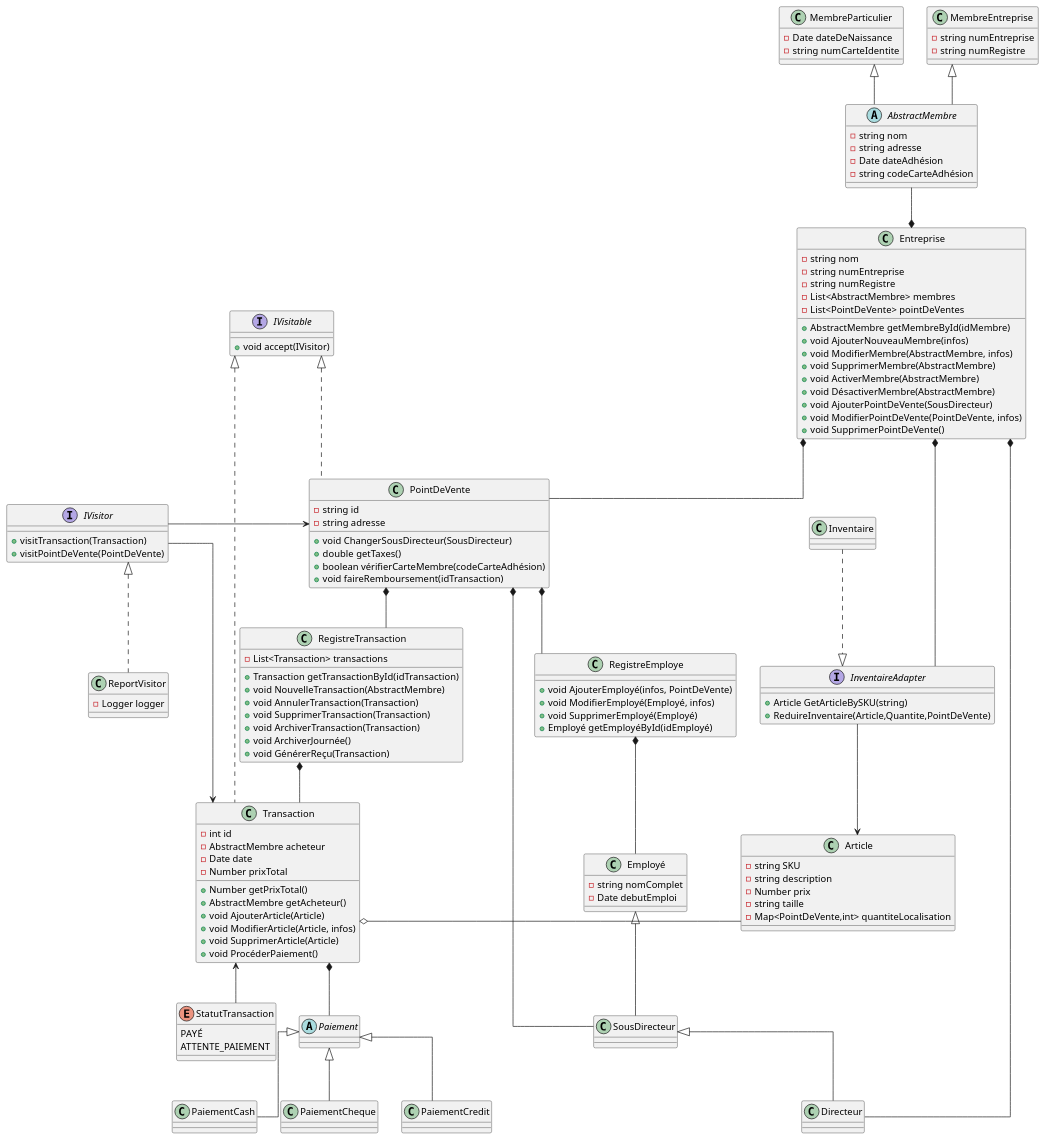
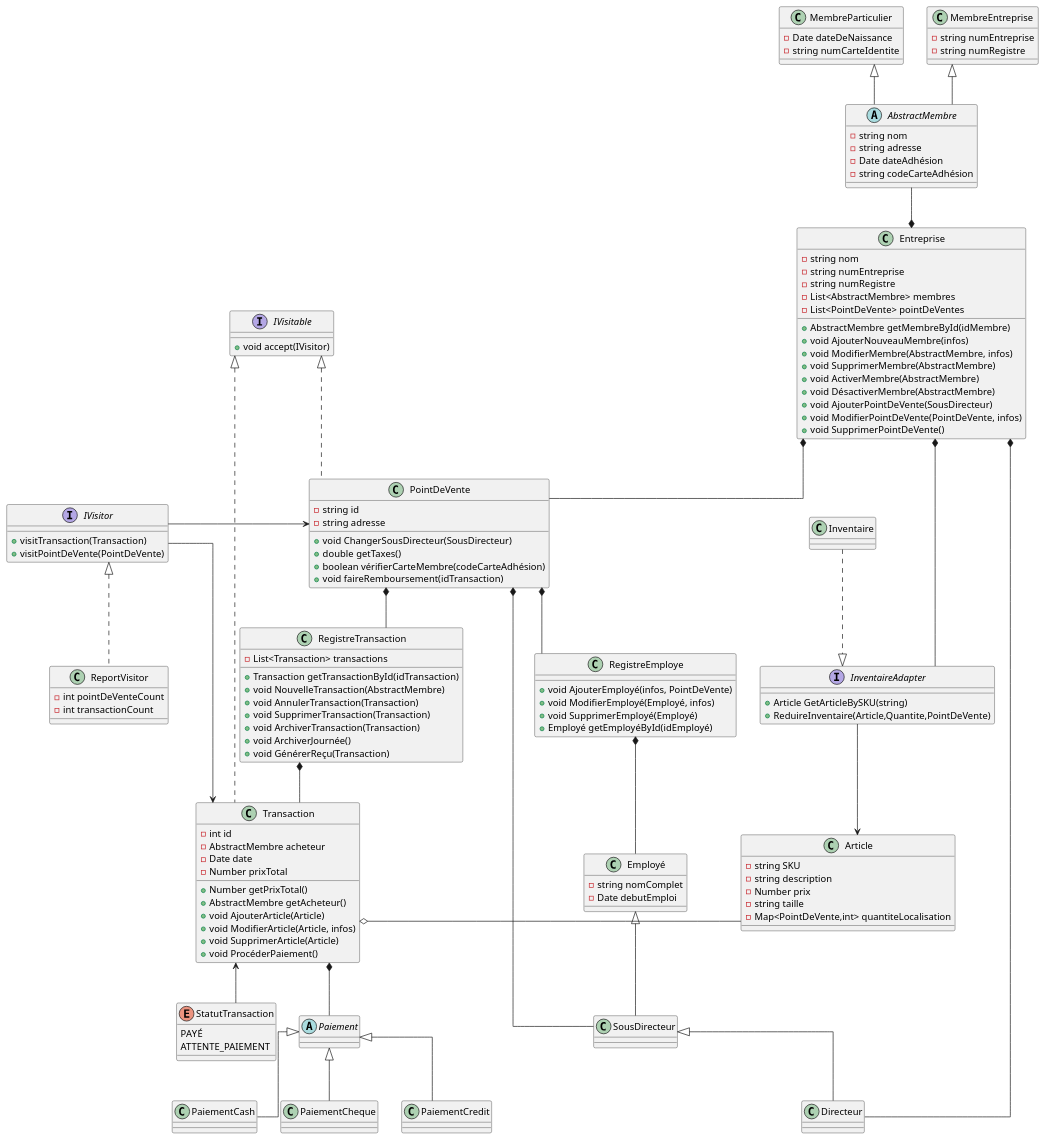
One commit to SamBolduc/INF1011-TP2 changed the diagram in diagram.puml. Above: the diagram before and after it, drawn with PlantUML.

Commit message:
Add Single & Visitor

```diff
--- a/diagram.puml
+++ b/diagram.puml
@@ -1,164 +1,165 @@
 @startuml
 
 skinparam linetype ortho
 
 abstract class AbstractMembre {
 - string nom
 - string adresse
 - Date dateAdhésion
 - string codeCarteAdhésion
 }
 
 class MembreParticulier {
 - Date dateDeNaissance
 - string numCarteIdentite
 }
 
 class MembreEntreprise {
 - string numEntreprise
 - string numRegistre
 }
 
 class RegistreEmploye{
   + void AjouterEmployé(infos, PointDeVente)
   + void ModifierEmployé(Employé, infos)
   + void SupprimerEmployé(Employé)
   + Employé getEmployéById(idEmployé)
 }
 
 interface IVisitable {
 +void accept(IVisitor)
 }
 
 interface IVisitor {
     +visitTransaction(Transaction)
     +visitPointDeVente(PointDeVente)
 }
 
 IVisitor -> PointDeVente
 IVisitor -> Transaction
 class ReportVisitor implements IVisitor {
-    -Logger logger
+    -int pointDeVenteCount
+    -int transactionCount
 }
 
 
 class Employé {
 - string nomComplet
 - Date debutEmploi
 }
 
 class SousDirecteur {
 
 }
 
 class Directeur {
 
 }
 
 class Transaction implements IVisitable{
 - int id
 - AbstractMembre acheteur
 - Date date
 - Number prixTotal
 + Number getPrixTotal()
 + AbstractMembre getAcheteur()
 + void AjouterArticle(Article)
 + void ModifierArticle(Article, infos)
 + void SupprimerArticle(Article)
 + void ProcéderPaiement()
 }
 
 class Article {
   - string SKU
   - string description
   - Number prix
   - string taille
   - Map<PointDeVente,int> quantiteLocalisation
 }
 
 class RegistreTransaction {
 - List<Transaction> transactions
 + Transaction getTransactionById(idTransaction)
 + void NouvelleTransaction(AbstractMembre)
 + void AnnulerTransaction(Transaction)
 + void SupprimerTransaction(Transaction)
 + void ArchiverTransaction(Transaction)
 + void ArchiverJournée()
 + void GénérerReçu(Transaction)
 }
 
 enum StatutTransaction{
 PAYÉ
 ATTENTE_PAIEMENT
 }
 
 class Entreprise {
 - string nom
 - string numEntreprise
 - string numRegistre
 - List<AbstractMembre> membres
 - List<PointDeVente> pointDeVentes
 + AbstractMembre getMembreById(idMembre)
 + void AjouterNouveauMembre(infos)
 + void ModifierMembre(AbstractMembre, infos)
 + void SupprimerMembre(AbstractMembre)
 + void ActiverMembre(AbstractMembre)
 + void DésactiverMembre(AbstractMembre)
 + void AjouterPointDeVente(SousDirecteur)
 + void ModifierPointDeVente(PointDeVente, infos)
 + void SupprimerPointDeVente()
 
 }
 
 class PointDeVente implements IVisitable{
   - string id
   - string adresse
   + void ChangerSousDirecteur(SousDirecteur)
   + double getTaxes()
   + boolean vérifierCarteMembre(codeCarteAdhésion)
   + void faireRemboursement(idTransaction)
 }
 
 interface InventaireAdapter {
   +Article GetArticleBySKU(string)
   +ReduireInventaire(Article,Quantite,PointDeVente)
 }
 
 class Inventaire
 
 Inventaire ..|> InventaireAdapter
 
 abstract class Paiement {}
 
 class PaiementCredit {}
 
 class PaiementCash {}
 
 class PaiementCheque {}
 
 Employé <|-- SousDirecteur
 SousDirecteur <|-- Directeur
 
 Paiement <|-- PaiementCredit
 Paiement <|-- PaiementCash
 Paiement <|-- PaiementCheque
 
 Entreprise *-- PointDeVente
 PointDeVente *-- RegistreEmploye
 Entreprise *--- InventaireAdapter
 InventaireAdapter --> Article
 Entreprise *-- Directeur
 PointDeVente *-- SousDirecteur
 RegistreEmploye *-- Employé
 PointDeVente *-- RegistreTransaction
 
 RegistreTransaction *-- Transaction
 Transaction <-- StatutTransaction
 Transaction *-- Paiement
 Transaction o- Article
 
 AbstractMembre --* Entreprise
 MembreParticulier<|-- AbstractMembre
 MembreEntreprise <|-- AbstractMembre
 
 @enduml
```
